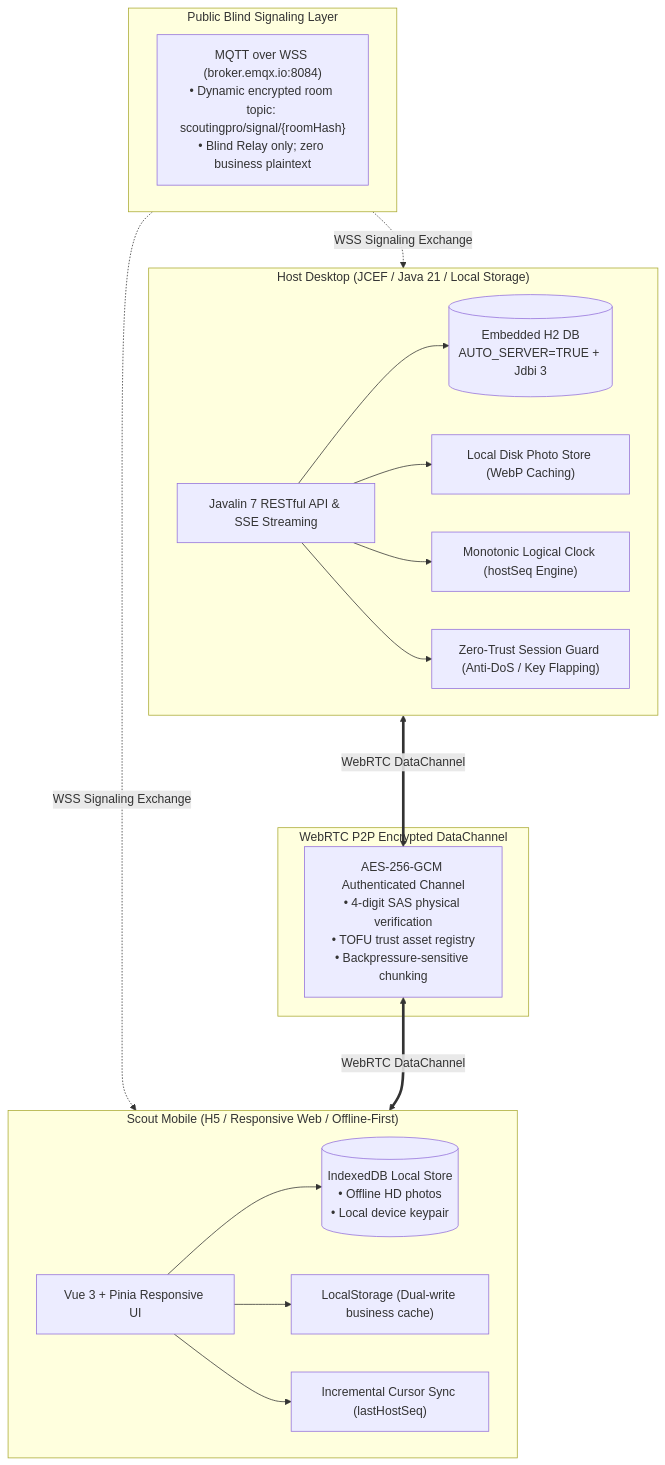
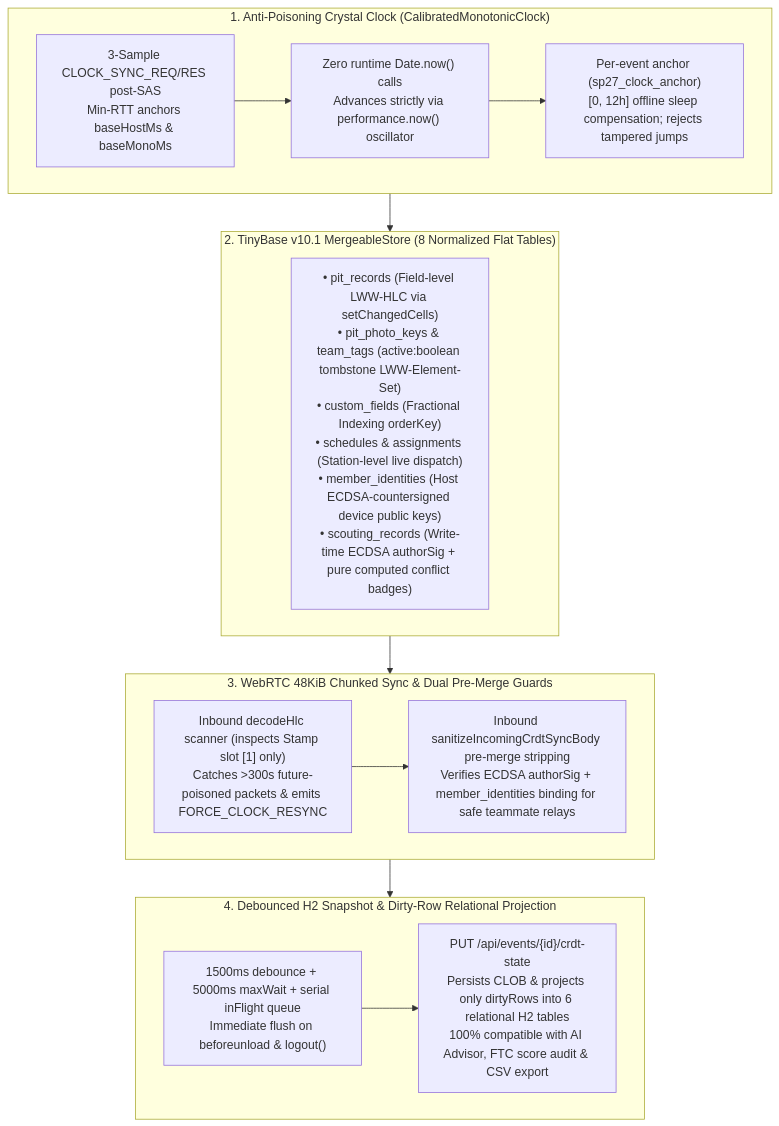
Before and after one commit to Lucalmz/ScoutingPro27: the first of 2 diagrams in README_en.md, drawn with Mermaid. The commit also changed other lines of this file and 79 other files, not shown here.

Commit message:
feat(crdt,hlc,webrtc,docs): implement TinyBase CRDT+HLC P2P sync, ECDSA signing, host epoch fencing, disaster-recovery E2E, and overhaul bilingual READMEs

````diff
--- a/README_en.md
+++ b/README_en.md
@@ -330,39 +132,27 @@
 ```mermaid
 flowchart TB
-    subgraph Signaling["Public Blind Signaling Layer"]
-        MQTT["MQTT over WSS (broker.emqx.io:8084)<br/>• Dynamic encrypted room topic: scoutingpro/signal/{roomHash}<br/>• Blind Relay only; zero business plaintext"]
+    subgraph ClockLayer["1. Anti-Poisoning Crystal Clock (CalibratedMonotonicClock)"]
+        RTT["3-Sample CLOCK_SYNC_REQ/RES post-SAS<br/>Min-RTT anchors baseHostMs & baseMonoMs"]
+        Mono["Zero runtime Date.now() calls<br/>Advances strictly via performance.now() oscillator"]
+        Anchor["Per-event anchor (sp27_clock_anchor)<br/>[0, 12h] offline sleep compensation; rejects tampered jumps"]
+        RTT --> Mono --> Anchor
     end
 
-    subgraph HostApp["Host Desktop (JCEF / Java 21 / Local Storage)"]
-        Javalin["Javalin 7 RESTful API & SSE Streaming"]
-        H2DB[("Embedded H2 DB<br/>AUTO_SERVER=TRUE + Jdbi 3")]
-        PhotoStorage["Local Disk Photo Store (WebP Caching)"]
-        HostSeqEngine["Monotonic Logical Clock (hostSeq Engine)"]
-        HostSafety["Zero-Trust Session Guard (Anti-DoS / Key Flapping)"]
-        
-        Javalin --> H2DB
-        Javalin --> PhotoStorage
-        Javalin --> HostSeqEngine
-        Javalin --> HostSafety
+    subgraph CrdtLayer["2. TinyBase v10.1 MergeableStore (8 Normalized Flat Tables)"]
+        Tables["• pit_records (Field-level LWW-HLC via setChangedCells)<br/>• pit_photo_keys & team_tags (active:boolean tombstone LWW-Element-Set)<br/>• custom_fields (Fractional Indexing orderKey)<br/>• schedules & assignments (Station-level live dispatch)<br/>• member_identities (Host ECDSA-countersigned device public keys)<br/>• scouting_records (Write-time ECDSA authorSig + pure computed conflict badges)"]
     end
 
-    subgraph P2PPipe["WebRTC P2P Encrypted DataChannel"]
-        DirectPipe["AES-256-GCM Authenticated Channel<br/>• 4-digit SAS physical verification<br/>• TOFU trust asset registry<br/>• Backpressure-sensitive chunking"]
+    subgraph SyncGuard["3. WebRTC 48KiB Chunked Sync & Dual Pre-Merge Guards"]
+        HlcScan["Inbound decodeHlc scanner (inspects Stamp slot [1] only)<br/>Catches >300s future-poisoned packets & emits FORCE_CLOCK_RESYNC"]
+        SigVerify["Inbound sanitizeIncomingCrdtSyncBody pre-merge stripping<br/>Verifies ECDSA authorSig + member_identities binding for safe teammate relays"]
+        HlcScan --> SigVerify
     end
 
-    subgraph ClientNode["Scout Mobile (H5 / Responsive Web / Offline-First)"]
-        ScoutUI["Vue 3 + Pinia Responsive UI"]
-        IDBCache[("IndexedDB Local Store<br/>• Offline HD photos<br/>• Local device keypair")]
-        LSCache["LocalStorage (Dual-write business cache)"]
-        CursorSync["Incremental Cursor Sync (lastHostSeq)"]
-        
-        ScoutUI --> IDBCache
-        ScoutUI --> LSCache
-        ScoutUI --> CursorSync
+    subgraph H2Project["4. Debounced H2 Snapshot & Dirty-Row Relational Projection"]
+        Debounce["1500ms debounce + 5000ms maxWait + serial inFlight queue<br/>Immediate flush on beforeunload & logout()"]
+        DirtyProj["PUT /api/events/{id}/crdt-state<br/>Persists CLOB & projects only dirtyRows into 6 relational H2 tables<br/>100% compatible with AI Advisor, FTC score audit & CSV export"]
+        Debounce --> DirtyProj
     end
 
-    Signaling -.->|WSS Signaling Exchange| HostApp
-    Signaling -.->|WSS Signaling Exchange| ClientNode
-    HostApp <===>|WebRTC DataChannel| DirectPipe
-    DirectPipe <===>|WebRTC DataChannel| ClientNode
+    ClockLayer --> CrdtLayer --> SyncGuard --> H2Project
 ```
````
